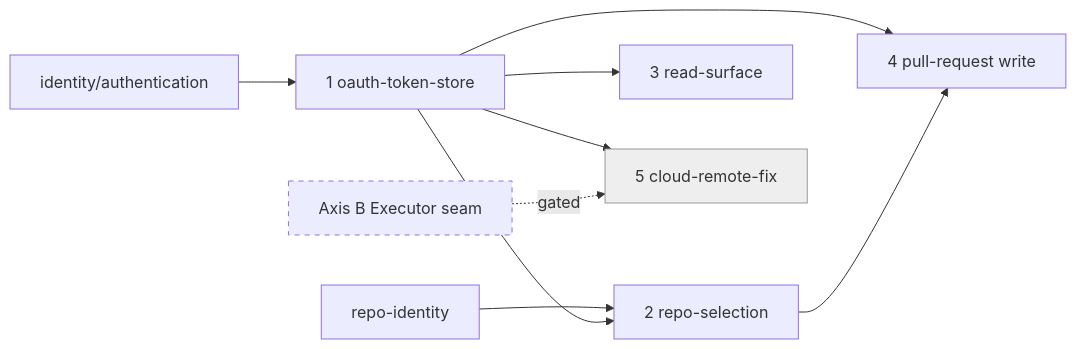
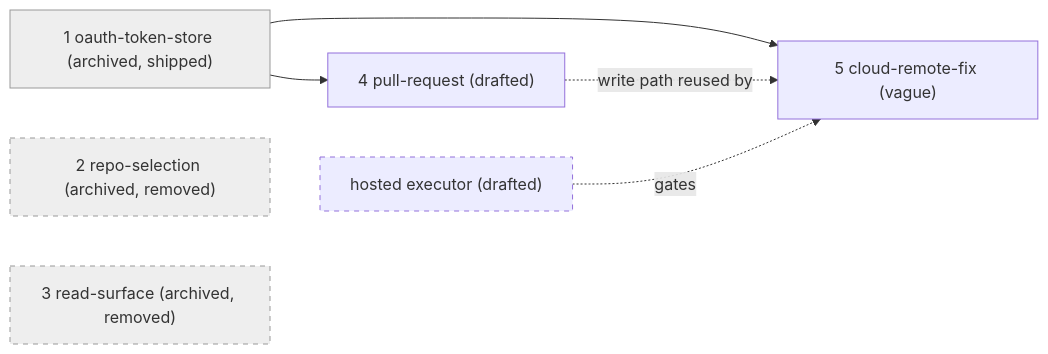
One commit to changkun/wallfacer changed the first of 2 diagrams in specs/intent/github-integration.md. Above: the diagram before and after it, drawn with Mermaid. The commit also changed other lines of this file, not shown here.

````diff
--- a/specs/intent/github-integration.md
+++ b/specs/intent/github-integration.md
@@ -379,13 +41,13 @@
 ```mermaid
 graph LR
-  AUTH[identity/authentication] --> O[1 oauth-token-store]
-  RI[repo-identity] --> R2[2 repo-selection]
-  O --> R2
-  O --> R3[3 read-surface]
-  O --> W[4 pull-request write]
-  R2 --> W
-  O --> C[5 cloud-remote-fix]
-  EX[Axis B Executor seam] -.gated.-> C
-  style C fill:#eee,stroke:#999
+  O["1 oauth-token-store (archived, shipped)"] --> W["4 pull-request (drafted)"]
+  O --> C["5 cloud-remote-fix (vague)"]
+  W -.write path reused by.-> C
+  EX["hosted executor (drafted)"] -.gates.-> C
+  R2["2 repo-selection (archived, removed)"]
+  R3["3 read-surface (archived, removed)"]
+  style O fill:#eee,stroke:#999
+  style R2 fill:#eee,stroke:#999,stroke-dasharray: 5 5
+  style R3 fill:#eee,stroke:#999,stroke-dasharray: 5 5
   style EX stroke-dasharray: 5 5
 ```
````
